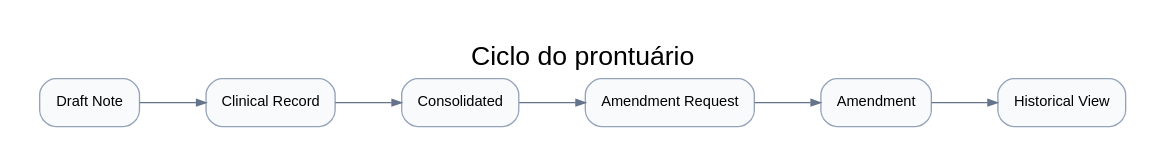
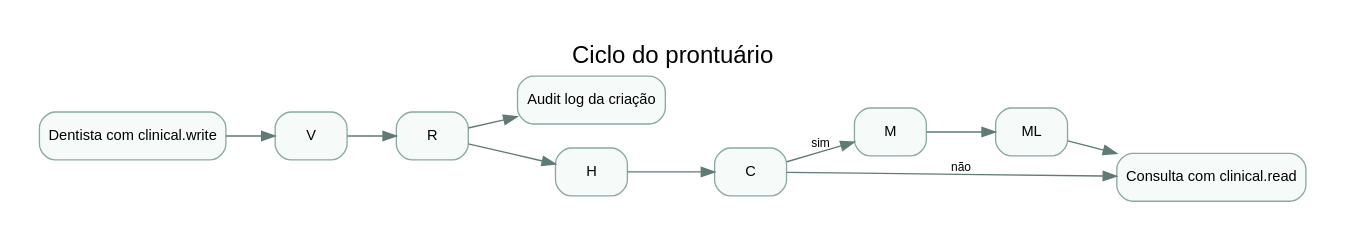
Before and after one commit to CristianoRFB/Dentista: the diagram in docs/versions/v01-multitenant-whitelabel/diagrams/source/10-clinical-record-lifecycle.dot, drawn with Graphviz. The commit also changed 132 other files, not shown here.

```diff
--- a/docs/versions/v01-multitenant-whitelabel/diagrams/source/10-clinical-record-lifecycle.dot
+++ b/docs/versions/v01-multitenant-whitelabel/diagrams/source/10-clinical-record-lifecycle.dot
@@ -1,16 +1,24 @@
 digraph G {
-  graph [rankdir=LR, bgcolor="white", pad="0.3", nodesep="0.45", ranksep="0.7", label="Ciclo do prontuário", labelloc=t, fontsize=20, fontname="Arial"];
-  node [shape=box, style="rounded,filled", fillcolor="#f8fafc", color="#94a3b8", fontname="Arial", fontsize=11, margin="0.16,0.10"];
-  edge [color="#64748b", arrowsize=0.7, fontname="Arial"];
-  "Draft Note";
-  "Clinical Record";
-  "Consolidated";
-  "Amendment Request";
-  "Amendment";
-  "Historical View";
-  "Draft Note" -> "Clinical Record";
-  "Clinical Record" -> "Consolidated";
-  "Consolidated" -> "Amendment Request";
-  "Amendment Request" -> "Amendment";
-  "Amendment" -> "Historical View";
+  rankdir=LR;
+  graph [bgcolor="white", pad="0.3", label="Ciclo do prontuário", labelloc=t, fontsize=18, fontname="Arial"];
+  node [shape=box, style="rounded,filled", fillcolor="#f6faf9", color="#8aa9a3", fontname="Arial", fontsize=11];
+  edge [color="#5f7b76", fontname="Arial", fontsize=9];
+  "A" [label="Dentista com clinical.write"];
+  "V" [label="V"];
+  "R" [label="R"];
+  "L" [label="Audit log da criação"];
+  "H" [label="H"];
+  "C" [label="C"];
+  "M" [label="M"];
+  "ML" [label="ML"];
+  "F" [label="Consulta com clinical.read"];
+  "A" -> "V";
+  "V" -> "R";
+  "R" -> "L";
+  "R" -> "H";
+  "H" -> "C";
+  "C" -> "M" [label="sim"];
+  "M" -> "ML";
+  "ML" -> "F";
+  "C" -> "F" [label="não"];
 }
```
